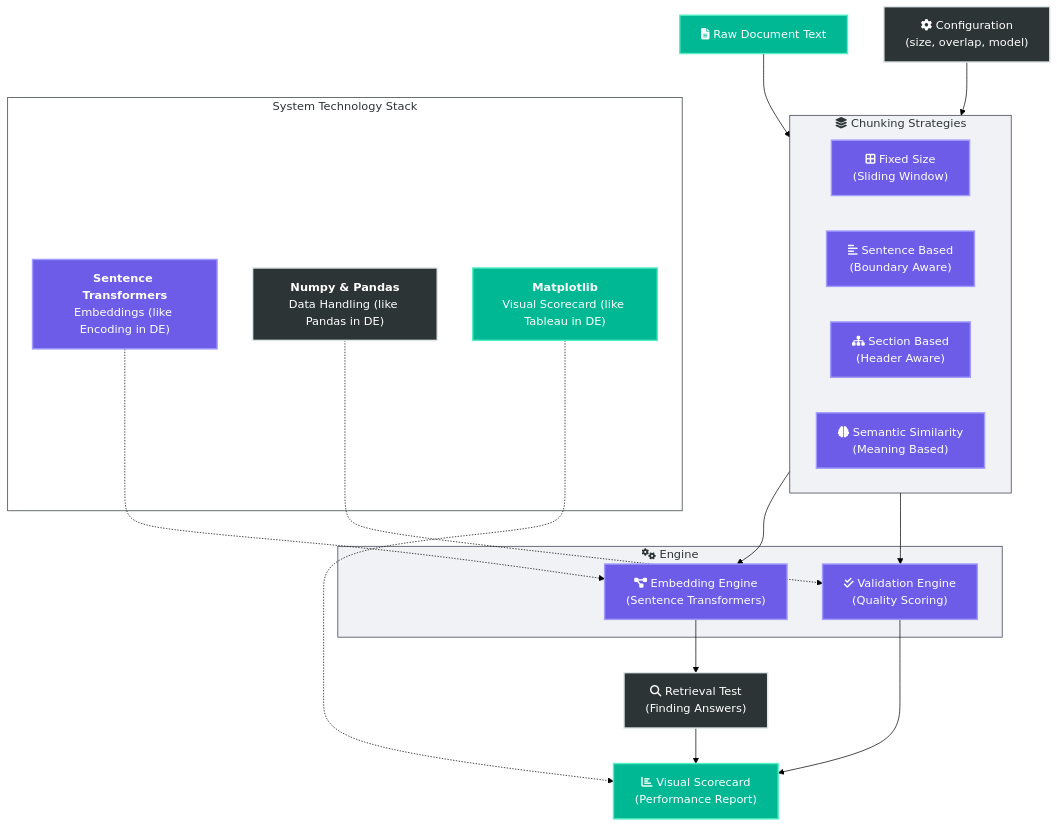
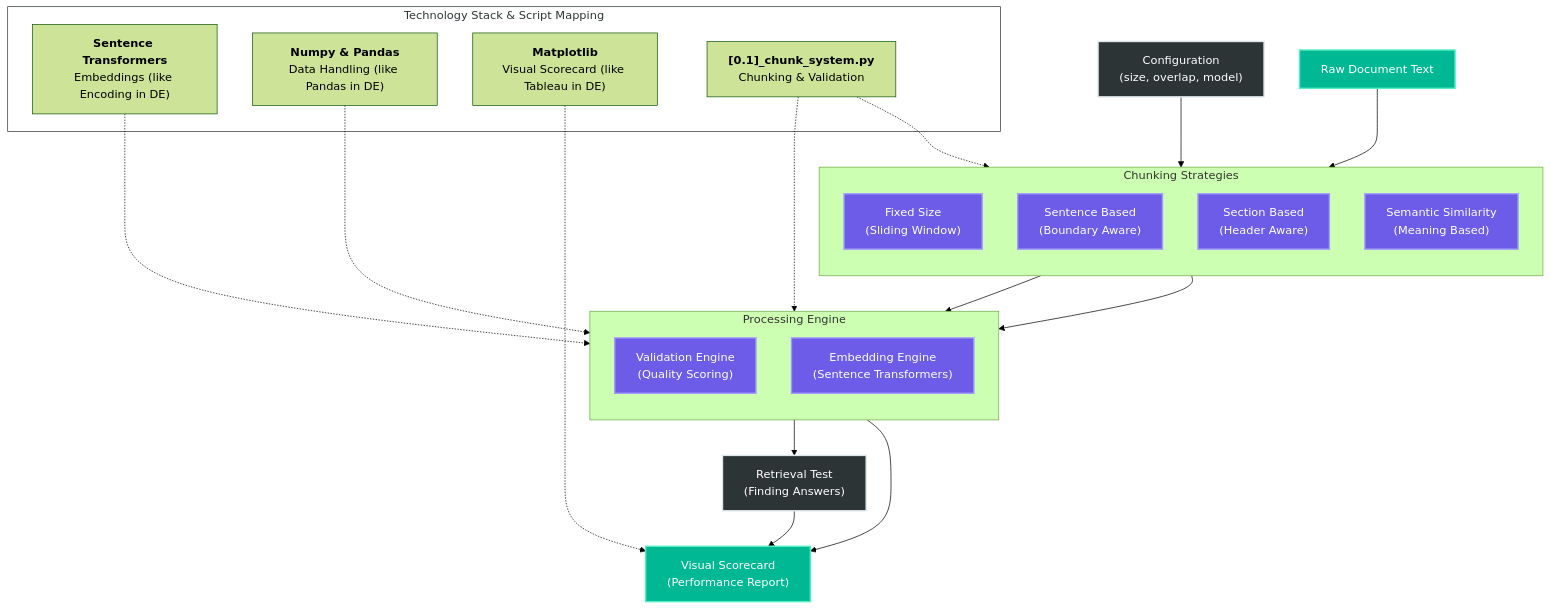
One commit to visuvishwa99/agentic-ai-foundations changed the diagram in week4/[0.0]_chunk_system.mmd. Above: the diagram before and after it, drawn with Mermaid (forest theme). The commit also changed 16 other files, not shown here.

Commit message:
Add Week 7: Advanced RAG Pipeline with Query Enhancement, Hybrid Search, Reranking & Structured Output

```diff
--- a/week4/[0.0]_chunk_system.mmd
+++ b/week4/[0.0]_chunk_system.mmd
@@ -1,58 +1,65 @@
 flowchart TD
-    %% Global Graph Configuration
+    %% Input Layer
+    Config["Configuration<br/>(size, overlap, model)"]
+    Doc["Raw Document Text"]
     
-    %% --- Section 1: Technology Stack Reference ---
-    subgraph Tech_Stack [System Technology Stack]
-        Stack1["<b>Sentence Transformers</b><br/>Embeddings (like Encoding in DE)"]:::process
-        Stack2["<b>Numpy & Pandas</b><br/>Data Handling (like Pandas in DE)"]:::logic
-        Stack3["<b>Matplotlib</b><br/>Visual Scorecard (like Tableau in DE)"]:::user
-    end
-
-    %% --- Section 2: Input & Config ---
-    Config["fa:fa-cog Configuration<br/>(size, overlap, model)"]:::logic
-    Doc["fa:fa-file-alt Raw Document Text"]:::user
-    
-    %% --- Section 3: Strategies ---
-    subgraph Strategies ["fa:fa-layer-group Chunking Strategies"]
-        Fixed["fa:fa-border-all Fixed Size<br/>(Sliding Window)"]:::process
-        Sentence["fa:fa-align-left Sentence Based<br/>(Boundary Aware)"]:::process
-        Section["fa:fa-sitemap Section Based<br/>(Header Aware)"]:::process
-        Semantic["fa:fa-brain Semantic Similarity<br/>(Meaning Based)"]:::process
+    %% Strategies Subgraph
+    subgraph Strategies ["Chunking Strategies"]
+        direction TB
+        Fixed["Fixed Size<br/>(Sliding Window)"]
+        Sentence["Sentence Based<br/>(Boundary Aware)"]
+        Section["Section Based<br/>(Header Aware)"]
+        Semantic["Semantic Similarity<br/>(Meaning Based)"]
     end
     
-    %% --- Section 4: Engine ---
-    subgraph Processing ["fa:fa-cogs Engine"]
-        Validate["fa:fa-check-double Validation Engine<br/>(Quality Scoring)"]:::process
-        Embed["fa:fa-project-diagram Embedding Engine<br/>(Sentence Transformers)"]:::process
+    %% Processing Subgraph
+    subgraph Processing ["Processing Engine"]
+        direction TB
+        Validate["Validation Engine<br/>(Quality Scoring)"]
+        Embed["Embedding Engine<br/>(Sentence Transformers)"]
     end
     
-    Retrieve["fa:fa-search Retrieval Test<br/>(Finding Answers)"]:::logic
-    Output["fa:fa-chart-bar Visual Scorecard<br/>(Performance Report)"]:::user
+    Retrieve["Retrieval Test<br/>(Finding Answers)"]
+    Output["Visual Scorecard<br/>(Performance Report)"]
 
     %% Connections
     Config --> Strategies
     Doc --> Strategies
     
     Strategies --> Validate
     Strategies --> Embed
     
     Validate --> Output
     Embed --> Retrieve
     Retrieve --> Output
 
-    %% Visual Connections between Stack and Logic
+    %% Technology Stack & Script Mapping
+    subgraph Tech_Stack [Technology Stack & Script Mapping]
+        Stack1["<b>Sentence Transformers</b><br/>Embeddings (like Encoding in DE)"]
+        Stack2["<b>Numpy & Pandas</b><br/>Data Handling (like Pandas in DE)"]
+        Stack3["<b>Matplotlib</b><br/>Visual Scorecard (like Tableau in DE)"]
+        ChunkScript["<b>[0.1]_chunk_system.py</b><br/>Chunking & Validation"]
+    end
+
+    %% Visual Connections
     Stack1 -.-> Embed
     Stack2 -.-> Validate
     Stack3 -.-> Output
 
-    %% Styling to match Subgraphs
+    %% Script-to-Architecture Mapping
+    ChunkScript -.-> Strategies
+    ChunkScript -.-> Processing
+
+    %% Apply Styles
+    class Config,Retrieve logic
+    class Doc,Output user
+    class Fixed,Sentence,Section,Semantic,Validate,Embed process
+
     style Tech_Stack fill:#fff,stroke:#2d3436,stroke-width:1px,color:#2d3436
-    style Strategies fill:#f1f2f6,stroke:#2f3542,stroke-width:1px,color:#2d3436
-    style Processing fill:#f1f2f6,stroke:#2f3542,stroke-width:1px,color:#2d3436
 
     %% Global Style Block
     classDef logic fill:#2d3436,stroke:#dfe6e9,stroke-width:2px,color:#fff
     classDef storage fill:#0984e3,stroke:#74b9ff,stroke-width:2px,color:#fff
     classDef process fill:#6c5ce7,stroke:#a29bfe,stroke-width:2px,color:#fff
     classDef user fill:#00b894,stroke:#55efc4,stroke-width:2px,color:#fff
     classDef group fill:#f1f2f6,stroke:#2f3542,stroke-width:1px,color:#2d3436
```
